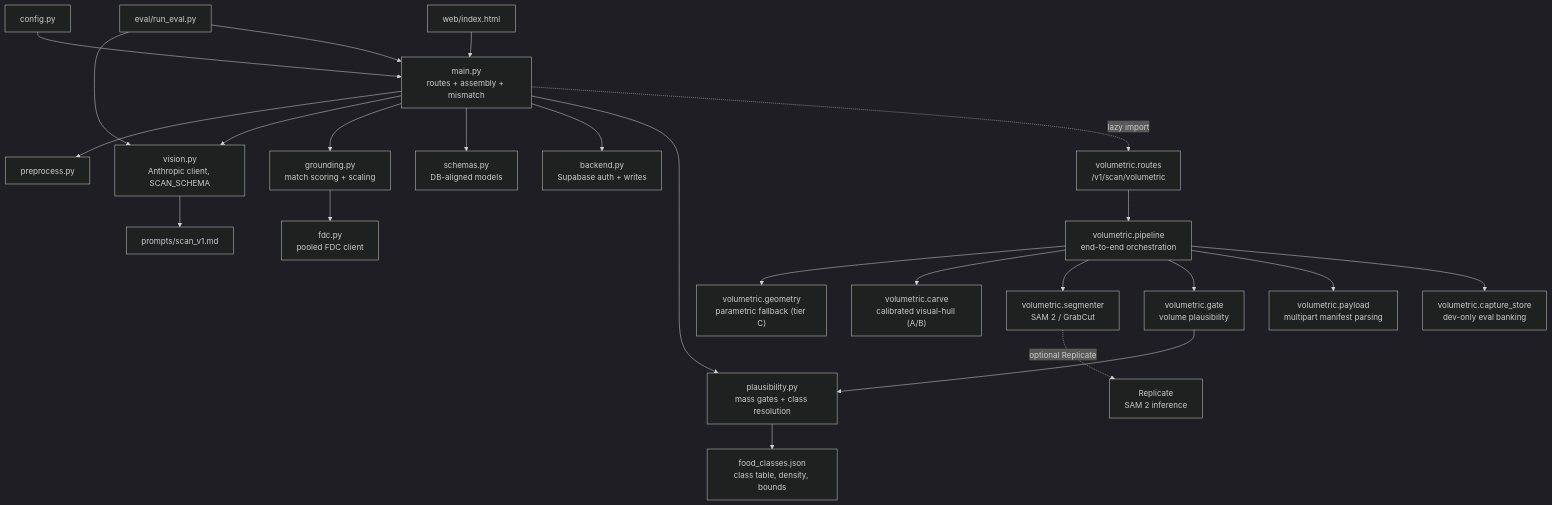
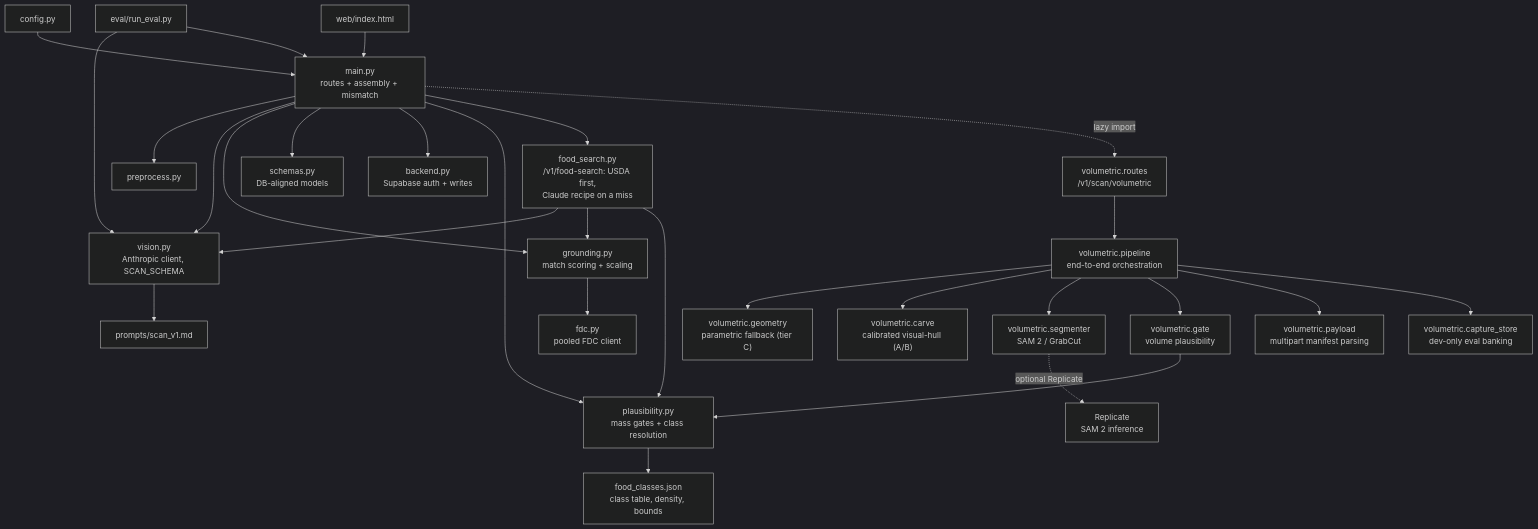
Before and after one commit to ashutoshanandmehta/Riva-App: the second of 2 diagrams in vault/ArchitectureGraph.md, drawn with Mermaid (dark theme). The commit also changed 20 other files, not shown here.

````diff
--- a/vault/ArchitectureGraph.md
+++ b/vault/ArchitectureGraph.md
@@ -50,28 +50,32 @@
 ```mermaid
 flowchart TD
     CFG["config.py"] --> MAIN["main.py<br/>routes + assembly + mismatch"]
     MAIN --> PRE["preprocess.py"]
     MAIN --> VIS["vision.py<br/>Anthropic client, SCAN_SCHEMA"]
     MAIN --> GRO["grounding.py<br/>match scoring + scaling"]
     GRO --> FDCC["fdc.py<br/>pooled FDC client"]
     MAIN --> SCH["schemas.py<br/>DB-aligned models"]
     MAIN --> BE["backend.py<br/>Supabase auth + writes"]
     MAIN --> PL["plausibility.py<br/>mass gates + class resolution"]
     PL --> FC["food_classes.json<br/>class table, density, bounds"]
     VIS --> PR["prompts/scan_v1.md"]
+    MAIN --> FS["food_search.py<br/>/v1/food-search: USDA first,<br/>Claude recipe on a miss"]
+    FS --> VIS
+    FS --> GRO
+    FS --> PL
     
     MAIN -.->|lazy import| VR["volumetric.routes<br/>/v1/scan/volumetric"]
     VR --> VP["volumetric.pipeline<br/>end-to-end orchestration"]
     VP --> VG["volumetric.geometry<br/>parametric fallback (tier C)"]
     VP --> VC["volumetric.carve<br/>calibrated visual-hull (A/B)"]
     VP --> VS["volumetric.segmenter<br/>SAM 2 / GrabCut"]
     VS -.->|optional Replicate| REPP["Replicate<br/>SAM 2 inference"]
     VP --> VGT["volumetric.gate<br/>volume plausibility"]
     VGT --> PL
     VP --> VPAY["volumetric.payload<br/>multipart manifest parsing"]
     VP --> VSTORE["volumetric.capture_store<br/>dev-only eval banking"]
     
     EVAL["eval/run_eval.py"] --> VIS
     EVAL --> MAIN
     WEBT["web/index.html"] --> MAIN
 ```
````
